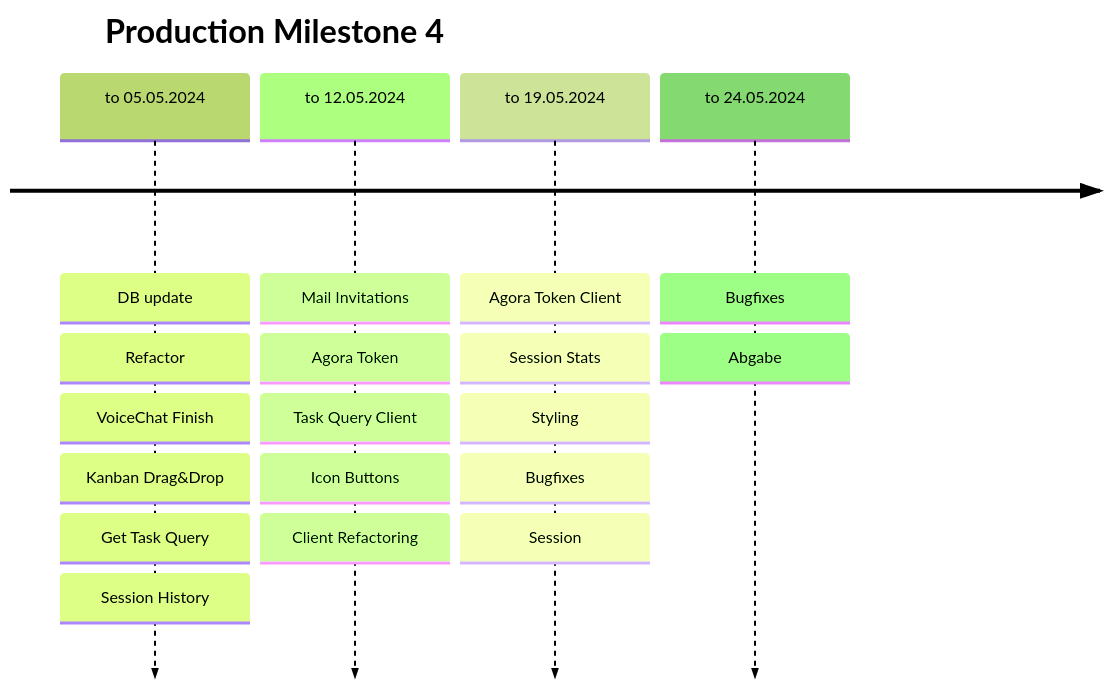
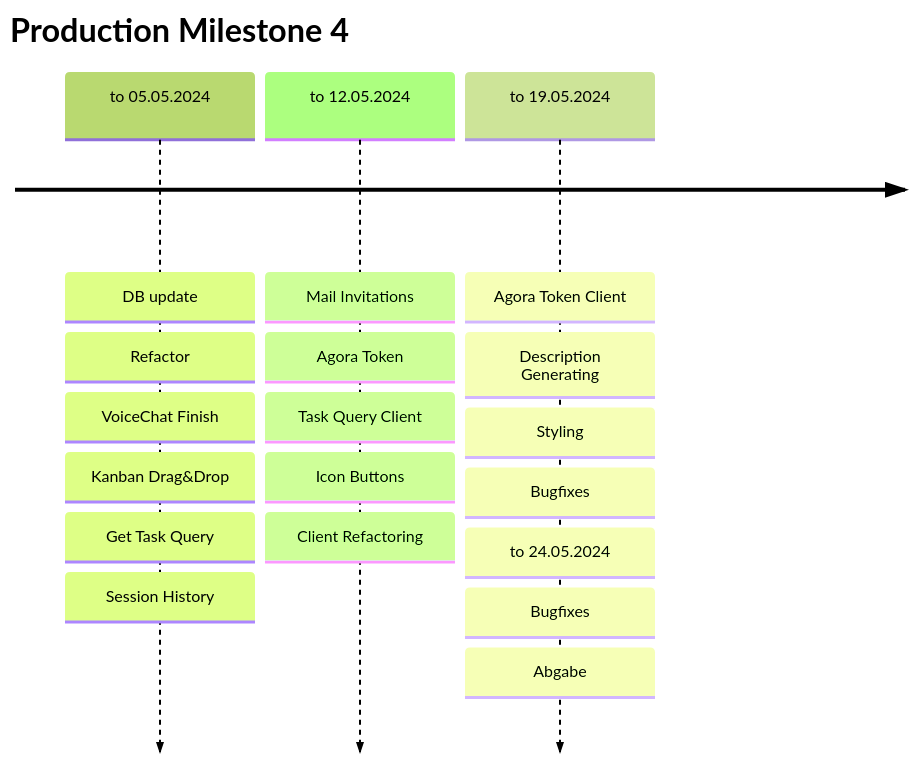
One commit to sopra-fs24-group07/sopra-fs24-group-07-server changed the second of 2 diagrams in contributions.md. Above: the diagram before and after it, drawn with Mermaid (forest theme).

Commit message:
descr gen

````diff
--- a/contributions.md
+++ b/contributions.md
@@ -246,8 +246,8 @@
 ```mermaid
 timeline
     title Production Milestone 4
     to 05.05.2024: DB update: Refactor: VoiceChat Finish: Kanban Drag&Drop: Get Task Query: Session History
     to 12.05.2024: Mail Invitations: Agora Token: Task Query Client: Icon Buttons: Client Refactoring
-    to 19.05.2024: Agora Token Client: Session Stats: Styling: Bugfixes: Session
+    to 19.05.2024: Agora Token Client: Description Generating: Styling: Bugfixes:
     to 24.05.2024: Bugfixes: Abgabe
 ```
````
